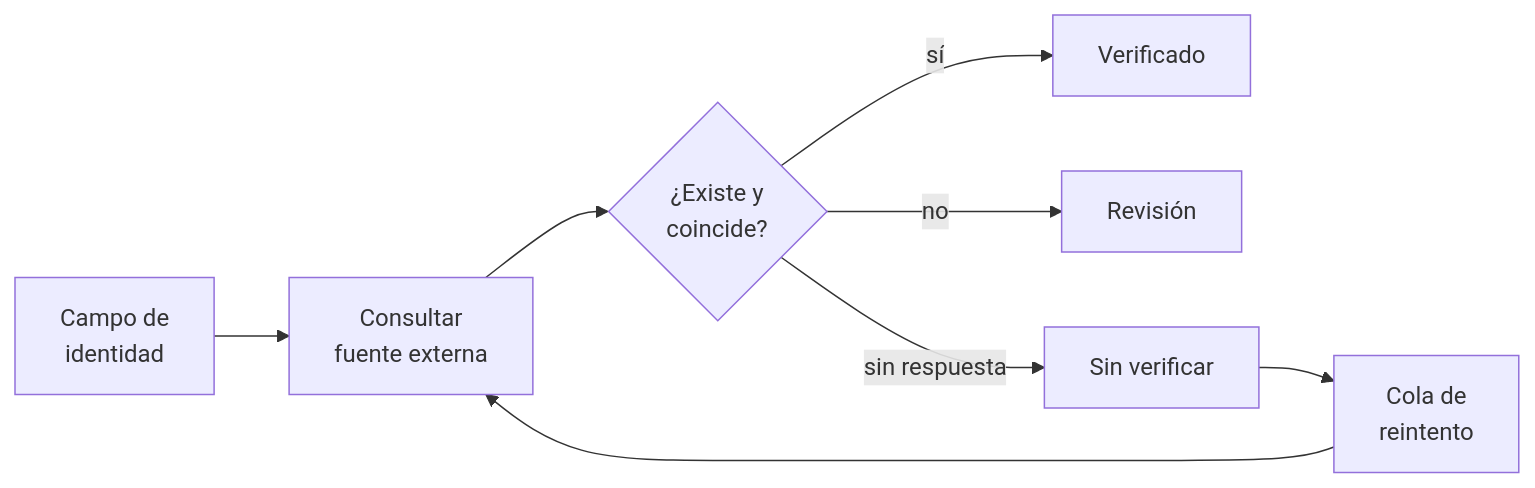
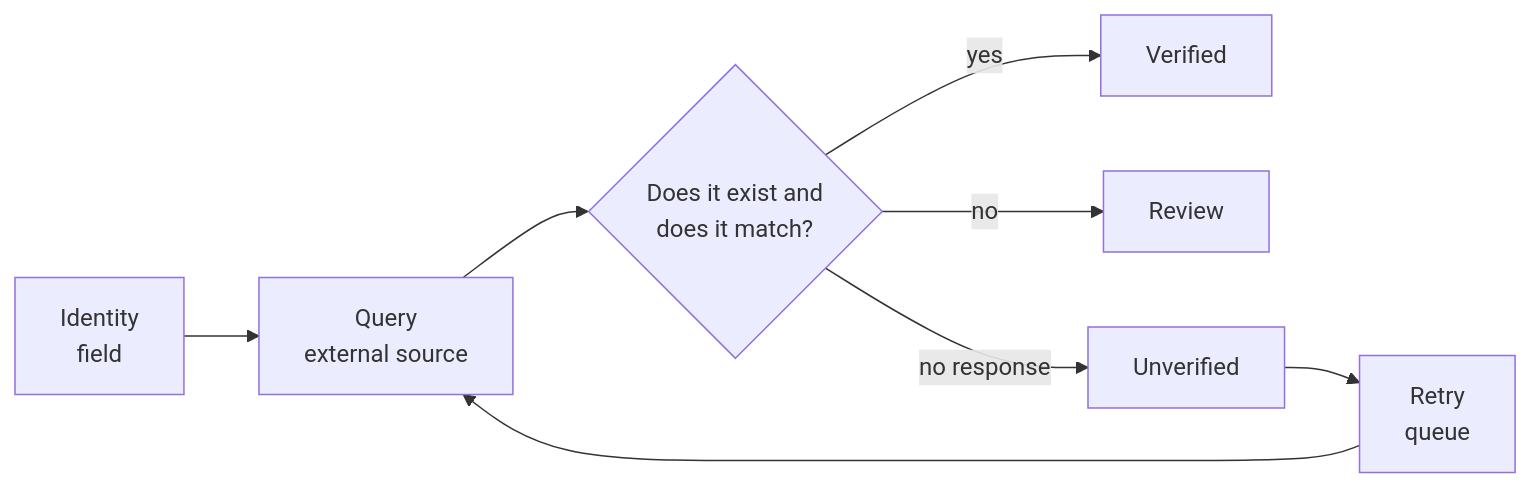
Before and after one commit to mariogarcia-ar/docflow: the tenth of 15 diagrams in README.md, drawn with Mermaid. The commit also changed other lines of this file, not shown here.

````diff
--- a/README.md
+++ b/README.md
@@ -372,10 +372,10 @@
 ```mermaid
 graph LR
-    A["Campo de<br/>identidad"] --> B["Consultar<br/>fuente externa"]
-    B --> C{"¿Existe y<br/>coincide?"}
-    C -->|"sí"| D["Verificado"]
-    C -->|"no"| E["Revisión"]
-    C -->|"sin respuesta"| F["Sin verificar"]
-    F --> G["Cola de<br/>reintento"]
+    A["Identity<br/>field"] --> B["Query<br/>external source"]
+    B --> C{"Does it exist and<br/>does it match?"}
+    C -->|"yes"| D["Verified"]
+    C -->|"no"| E["Review"]
+    C -->|"no response"| F["Unverified"]
+    F --> G["Retry<br/>queue"]
     G --> B
 ```
````
